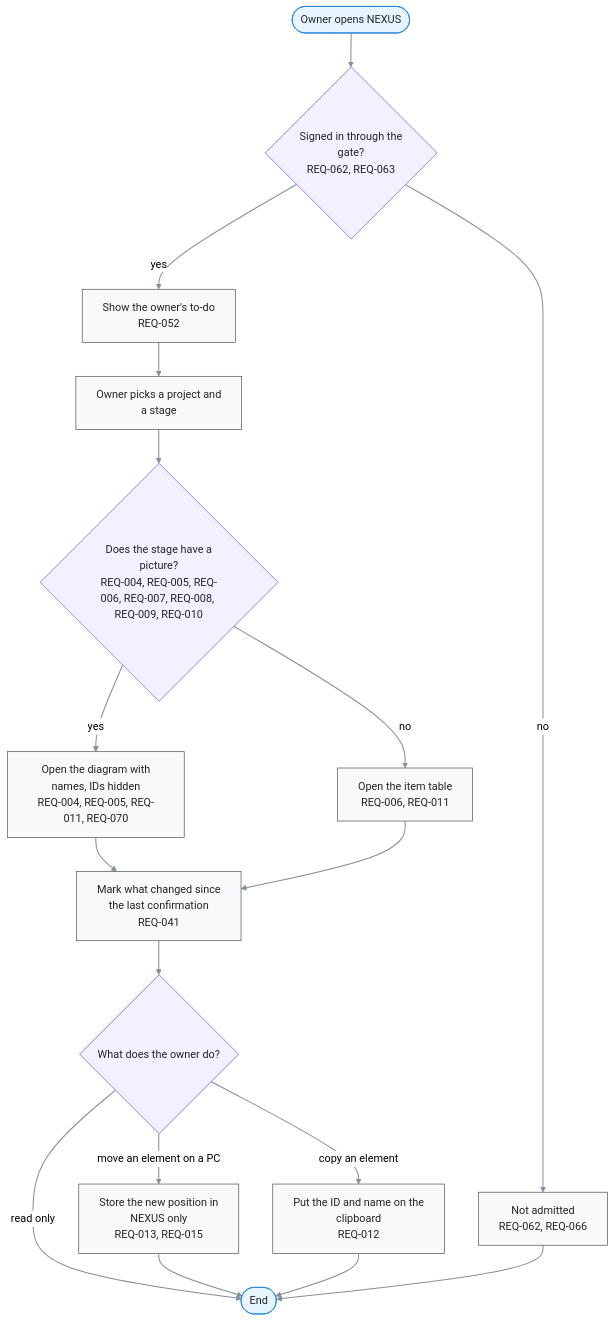
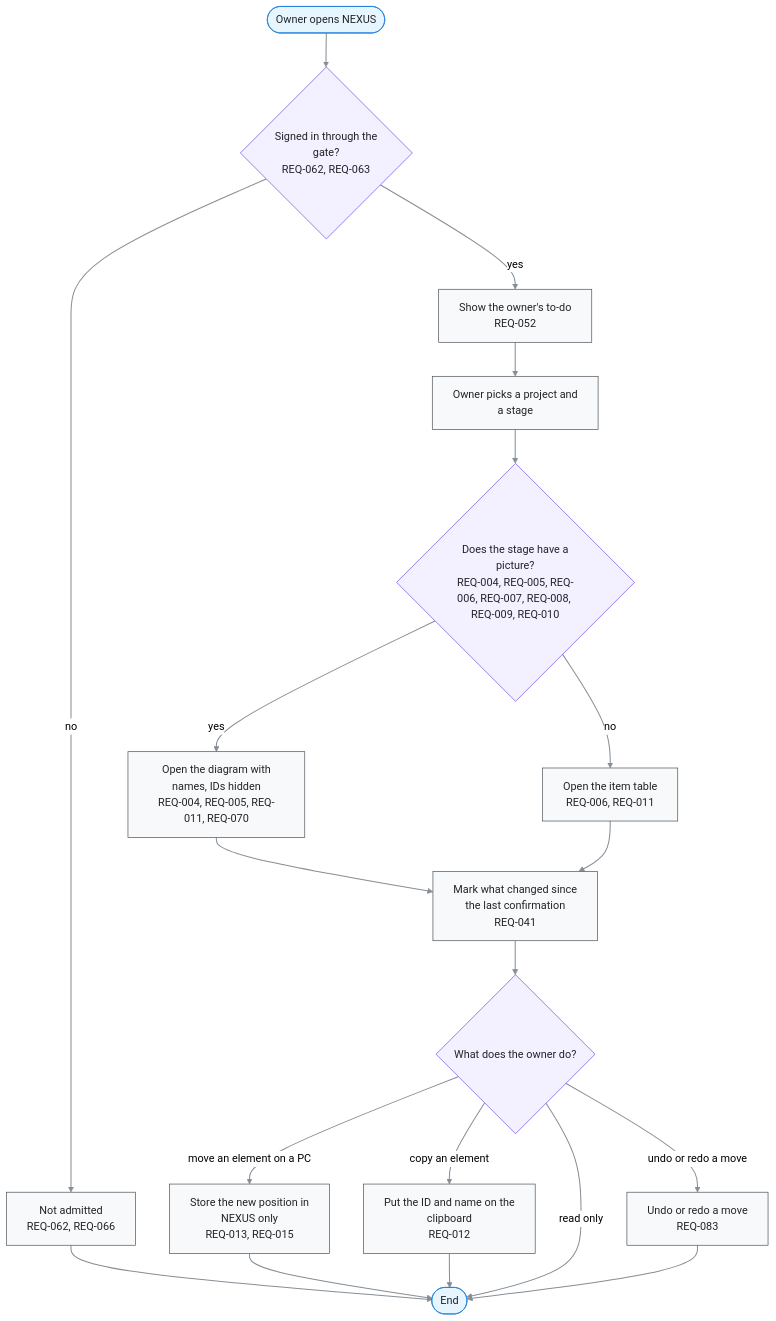
Before and after one commit to kodonghui/corthex-nexus: the diagram in docs/03-user-flow/FL-002-read-a-stage-from-the-to-do.md, drawn with Mermaid (neutral theme). The commit also changed other lines of this file and 30 other files, not shown here.

Commit message:
Undo diagram moves without overwriting other tabs

````diff
--- a/docs/03-user-flow/FL-002-read-a-stage-from-the-to-do.md
+++ b/docs/03-user-flow/FL-002-read-a-stage-from-the-to-do.md
@@ -9,42 +9,45 @@
 ```mermaid
 flowchart TD
   A(["Owner opens NEXUS"])
   B{"Signed in through the<br/>gate?<br/>REQ-062, REQ-063"}
   C["Show the owner's to-do<br/>REQ-052"]
   D["Owner picks a project and<br/>a stage"]
   E{"Does the stage have a<br/>picture?<br/>REQ-004, REQ-005, REQ-006, REQ-007, REQ-008, REQ-009, REQ-010"}
   F["Open the diagram with<br/>names, IDs hidden<br/>REQ-004, REQ-005, REQ-011, REQ-070"]
   G["Open the item table<br/>REQ-006, REQ-011"]
   H["Mark what changed since<br/>the last confirmation<br/>REQ-041"]
   I{"What does the owner do?"}
   J["Store the new position in<br/>NEXUS only<br/>REQ-013, REQ-015"]
   K["Put the ID and name on the<br/>clipboard<br/>REQ-012"]
+  N["Undo or redo a move<br/>REQ-083"]
   R1["Not admitted<br/>REQ-062, REQ-066"]
   Z(["End"])
   A e1@--> B
   B e2@-->|no| R1
   B e3@-->|yes| C
   C e4@--> D
   D e5@--> E
   E e6@-->|yes| F
   E e7@-->|no| G
   F e8@--> H
   G e9@--> H
   H e10@--> I
   I e11@-->|move an element on a PC| J
   I e12@-->|copy an element| K
   I e13@-->|read only| Z
   J e14@--> Z
   K e15@--> Z
   R1 e16@--> Z
+  I e17@-->|undo or redo a move| N
+  N e18@--> Z
   %% legend: below
   classDef term fill:#e7f5ff,stroke:#1c7ed6,color:#212529
   classDef proc fill:#f8f9fa,stroke:#495057,color:#212529
   classDef decide fill:#f3f0ff,stroke:#7048e8,color:#212529
   classDef gap fill:#f1f3f5,stroke:#adb5bd,stroke-dasharray:2 3,color:#495057
   classDef pass stroke:#868e96,stroke-width:1.5px
   class A,Z term
-  class C,D,F,G,H,J,K,R1 proc
+  class C,D,F,G,H,J,K,N,R1 proc
   class B,E,I decide
-  class e1,e2,e3,e4,e5,e6,e7,e8,e9,e10,e11,e12,e13,e14,e15,e16 pass
+  class e1,e2,e3,e4,e5,e6,e7,e8,e9,e10,e11,e12,e13,e14,e15,e16,e17,e18 pass
 ```
````
